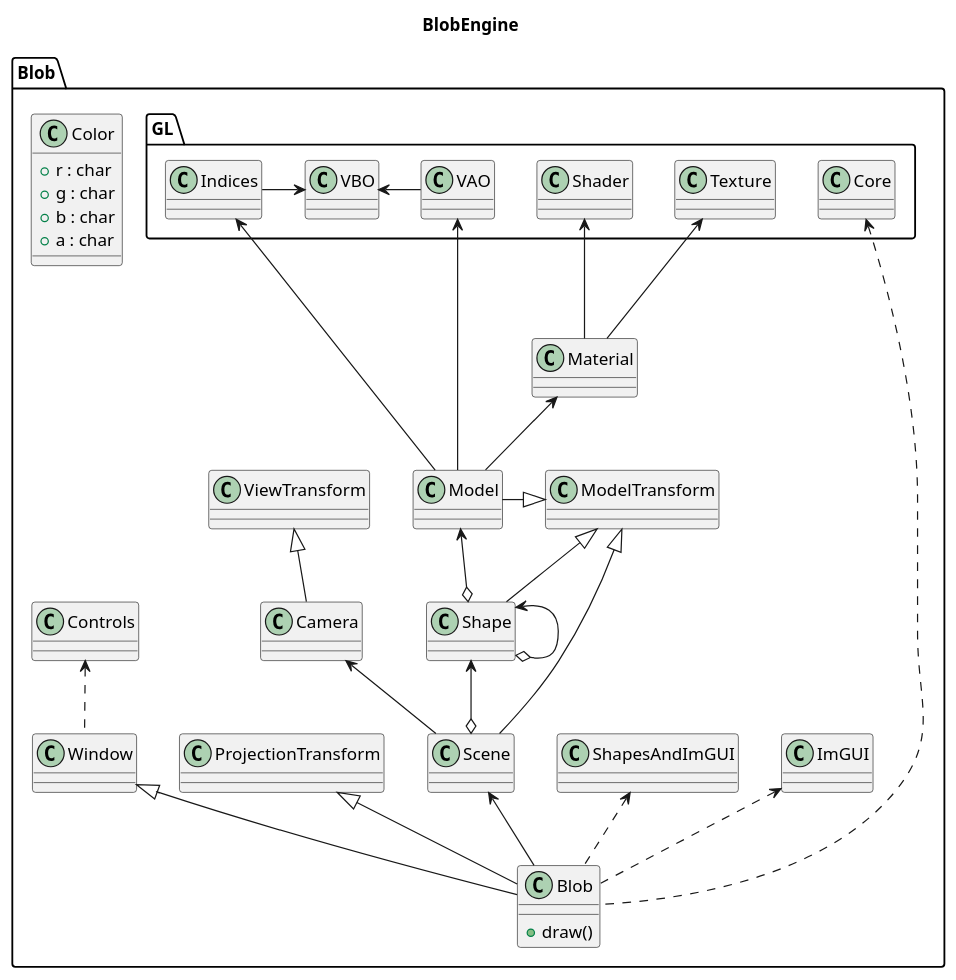
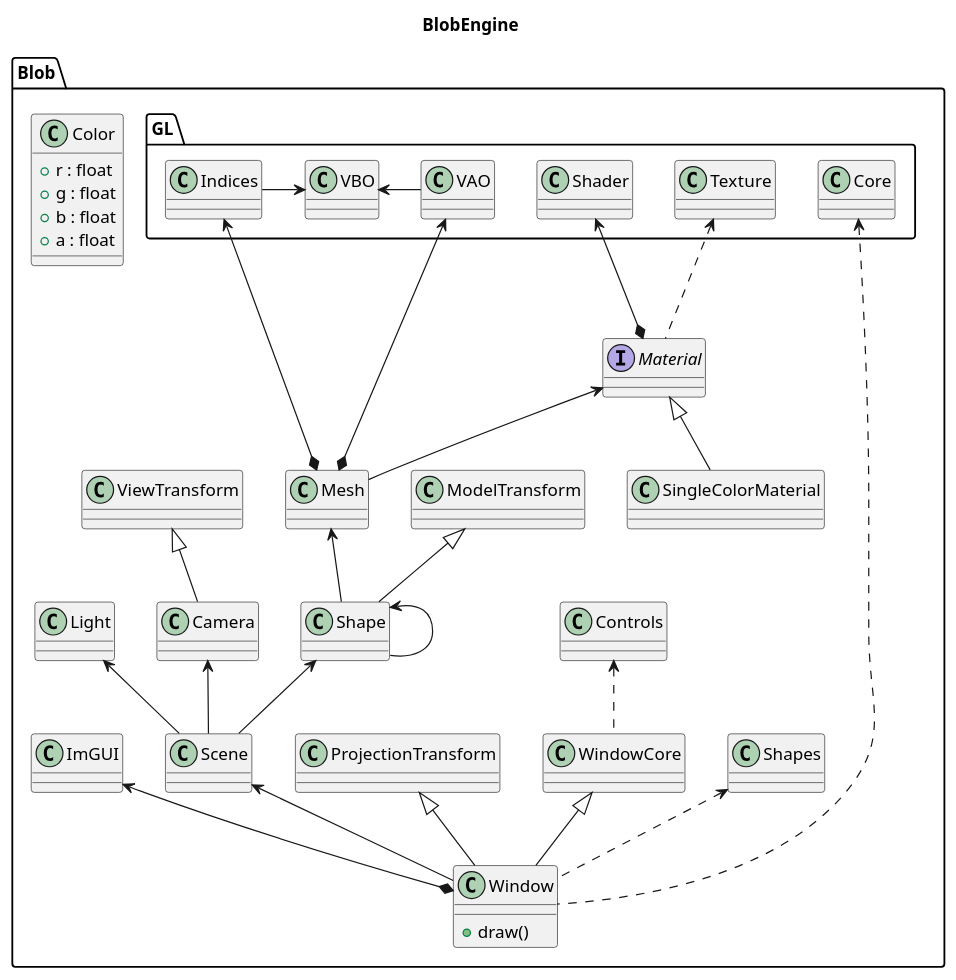
One commit to alexdesaint/BlobEngine changed the first of 2 diagrams in include/Blob/UML.puml. Above: the diagram before and after it, drawn with PlantUML. The commit also changed 82 other files, not shown here.

```diff
--- a/include/Blob/UML.puml
+++ b/include/Blob/UML.puml
@@ -1,54 +1,53 @@
 @startuml
 title BlobEngine
 
 namespace Blob {
 
     namespace GL {
         class Core {
         }
 
         'Core <.. Blob.Window
-        Core <.. Blob.Blob
-        VAO <-- Blob.Model
-        Indices <-- Blob.Model
-        Texture <-- Blob.Material
-        Shader <-- Blob.Material
+        Core <.. Blob.Window
+        VAO <--* Blob.Mesh
+        Indices <--* Blob.Mesh
+        Texture <.. Blob.Material
+        Shader <--* Blob.Material
         VBO <-right- VAO
         VBO <-left- Indices
     }
+    interface Material
+    Material <-- Mesh
+    Material <|-- SingleColorMaterial
 
-    Material <-- Model
+    Mesh <-- Shape
+    Shape -up-> Shape
+    Shape <-- Scene
 
-    Model <--o Shape
-    Shape o-up-> Shape
-    Shape <--o Scene
+    Scene <-- Window
+    Camera <-- Scene
+    Light <-- Scene
 
-    Scene <-- Blob
-    Camera <-- Scene
+    ProjectionTransform <|-- Window
 
-    ProjectionTransform <|-- Blob
+    WindowCore <|-- Window
 
-    Window <|-- Blob
-
-    class Blob {
+    class Window {
       + draw()
     }
 
     ModelTransform <|-- Shape
-    ModelTransform <|-- Scene
-    ModelTransform <|-left- Model
 
     ViewTransform <|-- Camera
-    Window .up.> Controls
-    Blob .up.> ShapesAndImGUI
-    Blob .up.> ImGUI
-
+    WindowCore .up.> Controls
+    Window .up.> Shapes
+    ImGUI <--* Window
 
     class Color {
-        +r : char
-        +g : char
-        +b : char
-        +a : char
+        +r : float
+        +g : float
+        +b : float
+        +a : float
     }
 }
 @enduml
```
